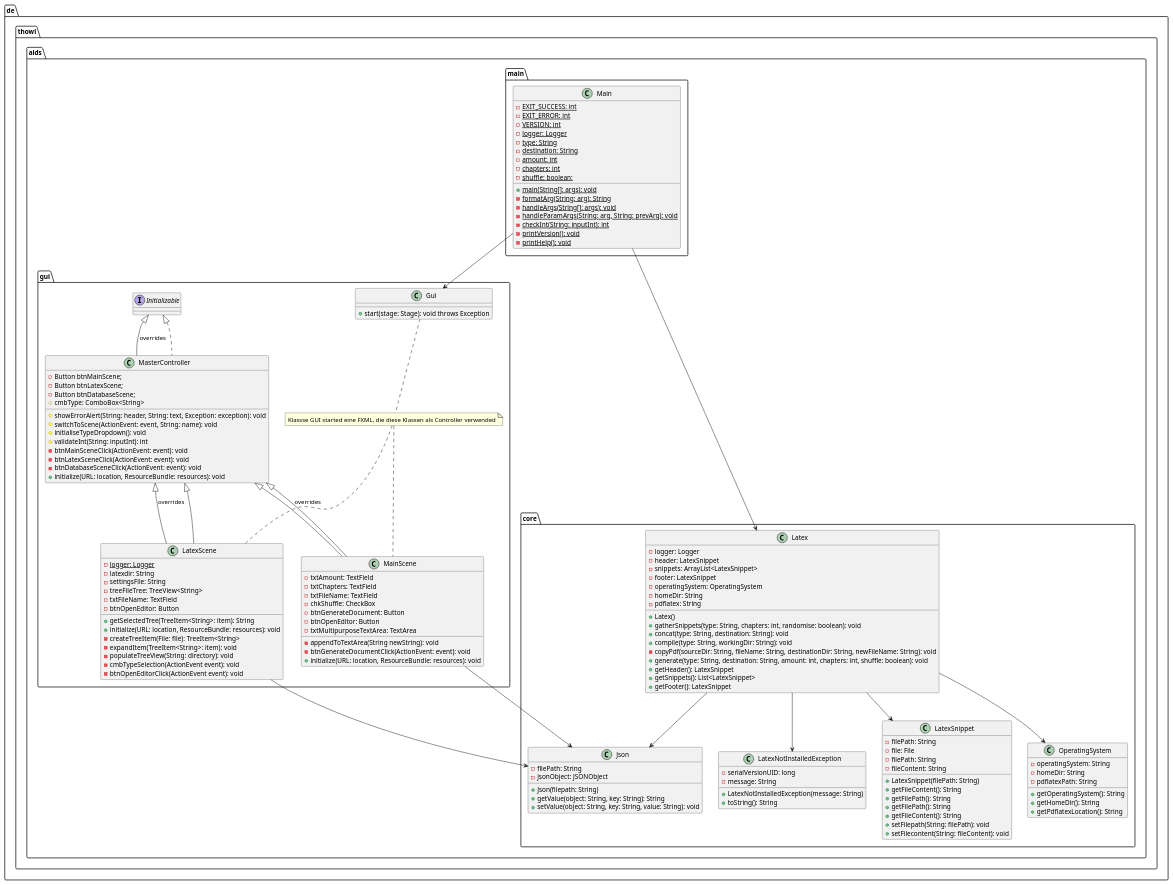
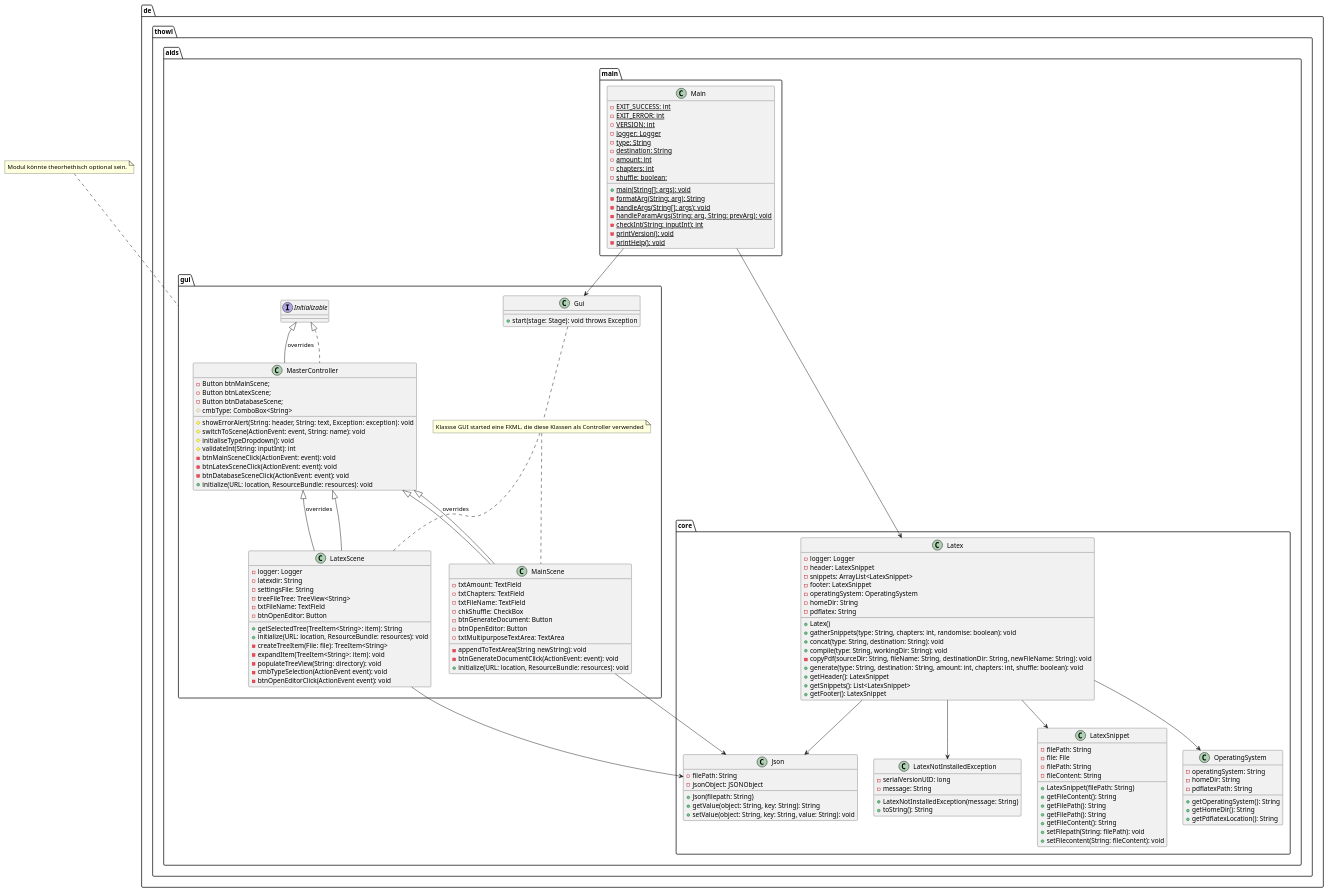
Before and after one commit to j0giwa/autonomous-instant-documents: the diagram in docs/dev/technical_documentation/diagramm/aids.puml, drawn with PlantUML.

Commit message:
Updated uml

```diff
--- a/docs/dev/technical_documentation/diagramm/aids.puml
+++ b/docs/dev/technical_documentation/diagramm/aids.puml
@@ -1,154 +1,155 @@
 @startuml
 
 de.thowl.aids.main.Main --> de.thowl.aids.gui.Gui
 de.thowl.aids.main.Main --> de.thowl.aids.core.Latex
 de.thowl.aids.gui.MainScene --> de.thowl.aids.core.Json
 de.thowl.aids.gui.LatexScene --> de.thowl.aids.core.Json
 
 package de.thowl.aids.main {
     class Main {
         - {static} EXIT_SUCCESS: int
         - {static} EXIT_ERROR: int
         - {static} VERSION: int
         - {static} logger: Logger
         - {static} type: String
 	    - {static} destination: String
 	    - {static} amount: int
 	    - {static} chapters: int
 	    - {static} shuffle: boolean;
         + {static} main(String[]: args): void
         - {static} formatArg(String: arg): String
         - {static} handleArgs(String[]: args): void
         - {static} handleParamArgs(String: arg, String: prevArg): void
         - {static} checkInt(String: inputInt): int
         - {static} printVersion(): void
         - {static} printHelp(): void
     }
 }
 
 package de.thowl.aids.core {
     class Latex {
         - logger: Logger
         - header: LatexSnippet
         - snippets: ArrayList<LatexSnippet>
         - footer: LatexSnippet
         - operatingSystem: OperatingSystem
         - homeDir: String
         - pdflatex: String
         + Latex()
         + gatherSnippets(type: String, chapters: int, randomise: boolean): void
         + concat(type: String, destination: String): void
         + compile(type: String, workingDir: String): void
         - copyPdf(sourceDir: String, fileName: String, destinationDir: String, newFileName: String): void
         + generate(type: String, destination: String, amount: int, chapters: int, shuffle: boolean): void
         + getHeader(): LatexSnippet
         + getSnippets(): List<LatexSnippet>
         + getFooter(): LatexSnippet
     }
 
     Latex --> LatexSnippet
     Latex --> OperatingSystem
     Latex --> Json
     Latex --> LatexNotInstalledException
 
     class LatexSnippet {
         - filePath: String
         + LatexSnippet(filePath: String)
         + getFileContent(): String
         + getFilePath(): String
     }
 
     class OperatingSystem {
         - operatingSystem: String
 	    - homeDir: String
 	    - pdflatexPath: String
         + getOperatingSystem(): String
         + getHomeDir(): String
         + getPdflatexLocation(): String
     }
 
     class Json {
         - filePath: String
         - jsonObject: JSONObject
         + Json(filepath: String)
         + getValue(object: String, key: String): String
         + setValue(object: String, key: String, value: String): void
     }
 
     class LatexNotInstalledException {
         - serialVersionUID: long
         - message: String
         + LatexNotInstalledException(message: String)
         + toString(): String
     }
 
     class LatexSnippet {
         - file: File
 	    - filePath: String
 	    - fileContent: String
         + getFilePath(): String
         + getFileContent(): String
         + setFilepath(String: filePath): void
         + setFilecontent(String: fileContent): void
     }
 }
 
+note top of de.thowl.aids.gui : Modul könnte theorhethisch optional sein.
 package de.thowl.aids.gui{
     class Gui {
         + start(stage: Stage): void throws Exception
     }
 
     note "Klassse GUI started eine FXML, die diese Klassen als Controller verwended" as N1
     Gui .. N1
     N1 .. MainScene
     N1 .. LatexScene
 
     class MasterController implements Initializable{
         - Button btnMainScene;
 	    - Button btnLatexScene;
 	    - Button btnDatabaseScene;
         # cmbType: ComboBox<String>
         # showErrorAlert(String: header, String: text, Exception: exception): void
         # switchToScene(ActionEvent: event, String: name): void
         # initialiseTypeDropdown(): void
         # validateInt(String: inputInt): int
         - btnMainSceneClick(ActionEvent: event): void
         - btnLatexSceneClick(ActionEvent: event): void
         - btnDatabaseSceneClick(ActionEvent: event): void
         + initialize(URL: location, ResourceBundle: resources): void
     }
 
     class MainScene extends MasterController {
         - txtAmount: TextField
 	    - txtChapters: TextField
 	    - txtFileName: TextField
 	    - chkShuffle: CheckBox
 	    - btnGenerateDocument: Button
 	    - btnOpenEditor: Button
         - txtMultipurposeTextArea: TextArea
         - appendToTextArea(String newString): void
         - btnGenerateDocumentClick(ActionEvent: event): void
         + initialize(URL: location, ResourceBundle: resources): void
     }
 
     class LatexScene extends MasterController {
-        - {static} logger: Logger
+        - logger: Logger
         - latexdir: String
 	    - settingsFile: String
         - treeFileTree: TreeView<String>
         - txtFileName: TextField
         - btnOpenEditor: Button
         + getSelectedTree(TreeItem<String>: item): String
         + initialize(URL: location, ResourceBundle: resources): void
         - createTreeItem(File: file): TreeItem<String>
         - expandItem(TreeItem<String>: item): void
         - populateTreeView(String: directory): void
         - cmbTypeSelection(ActionEvent event): void
         - btnOpenEditorClick(ActionEvent event): void 
     }
 
     Initializable <|-- MasterController : overrides
     MasterController <|-- MainScene : overrides
     MasterController <|-- LatexScene : overrides
 }
 @enduml
```
